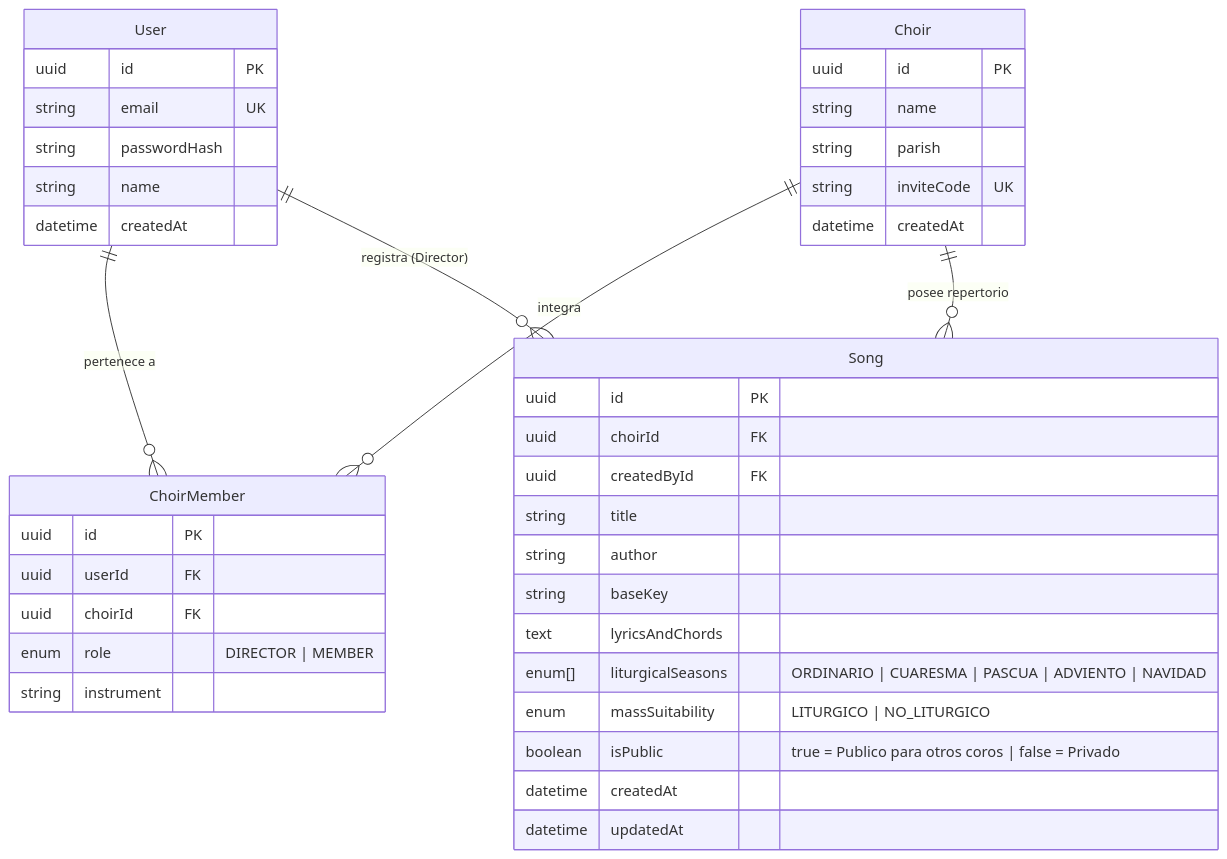
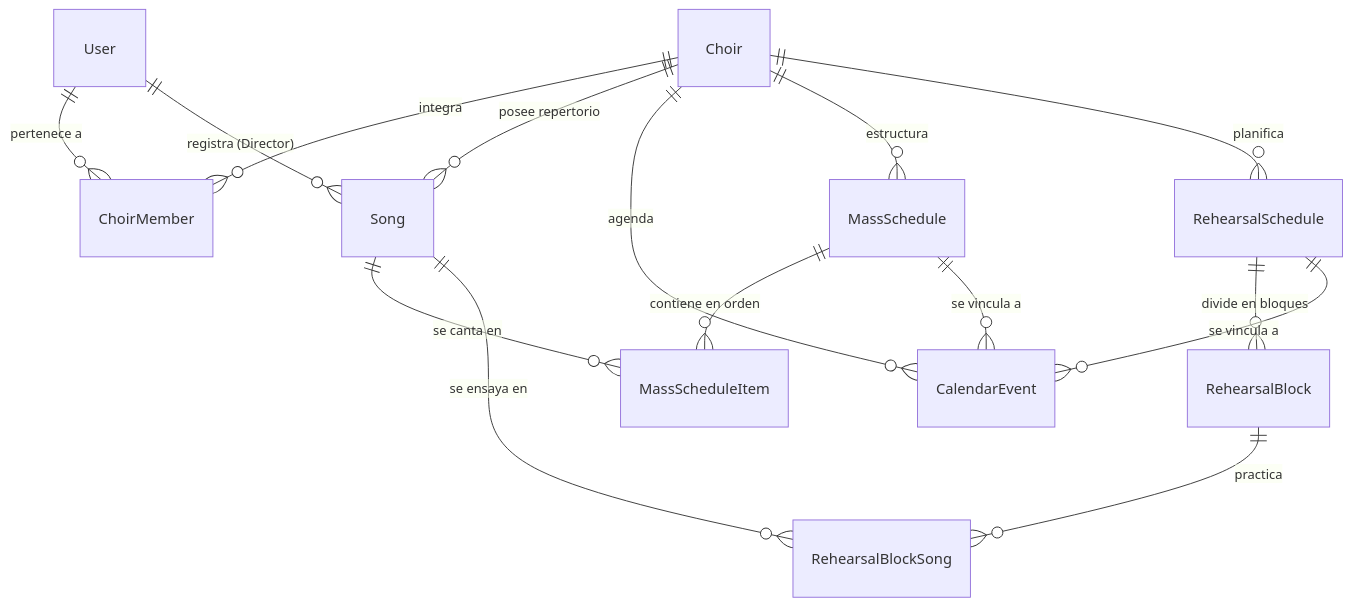
Before and after one commit to AleDevVzla/proyecto-cantos-coro: the diagram in DOCUMENTACION.md, drawn with Mermaid. The commit also changed other lines of this file and 13 other files, not shown here.

````diff
--- a/DOCUMENTACION.md
+++ b/DOCUMENTACION.md
@@ -106,46 +124,17 @@
 ```mermaid
 erDiagram
     User ||--o{ ChoirMember : "pertenece a"
     Choir ||--o{ ChoirMember : "integra"
     Choir ||--o{ Song : "posee repertorio"
     User ||--o{ Song : "registra (Director)"
-
-    User {
-        uuid id PK
-        string email UK
-        string passwordHash
-        string name
-        datetime createdAt
-    }
-
-    Choir {
-        uuid id PK
-        string name
-        string parish
-        string inviteCode UK
-        datetime createdAt
-    }
-
-    ChoirMember {
-        uuid id PK
-        uuid userId FK
-        uuid choirId FK
-        enum role "DIRECTOR | MEMBER"
-        string instrument
-    }
-
-    Song {
-        uuid id PK
-        uuid choirId FK
-        uuid createdById FK
-        string title
-        string author
-        string baseKey
-        text lyricsAndChords
-        enum[] liturgicalSeasons "ORDINARIO | CUARESMA | PASCUA | ADVIENTO | NAVIDAD"
-        enum massSuitability "LITURGICO | NO_LITURGICO"
-        boolean isPublic "true = Publico para otros coros | false = Privado"
-        datetime createdAt
-        datetime updatedAt
-    }
+    Choir ||--o{ CalendarEvent : "agenda"
+    Choir ||--o{ MassSchedule : "estructura"
+    Choir ||--o{ RehearsalSchedule : "planifica"
+    MassSchedule ||--o{ MassScheduleItem : "contiene en orden"
+    Song ||--o{ MassScheduleItem : "se canta en"
+    RehearsalSchedule ||--o{ RehearsalBlock : "divide en bloques"
+    RehearsalBlock ||--o{ RehearsalBlockSong : "practica"
+    Song ||--o{ RehearsalBlockSong : "se ensaya en"
+    MassSchedule ||--o{ CalendarEvent : "se vincula a"
+    RehearsalSchedule ||--o{ CalendarEvent : "se vincula a"
 ```
````
